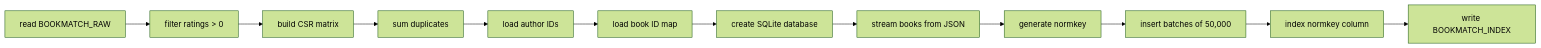
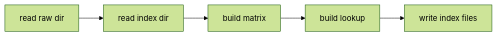
One commit to cptntrps/bookmatch changed the first of 4 diagrams in docs/3_WORKFLOWS.md. Above: the diagram before and after it, drawn with Mermaid (forest theme). The commit also changed other lines of this file and 5 other files, not shown here.

````diff
--- a/docs/3_WORKFLOWS.md
+++ b/docs/3_WORKFLOWS.md
@@ -43,14 +42,7 @@
 ```mermaid
 graph LR
-    A[read BOOKMATCH_RAW] --> B[filter ratings > 0]
-    B --> C[build CSR matrix]
-    C --> D[sum duplicates]
-    D --> E[load author IDs]
-    E --> F[load book ID map]
-    F --> G[create SQLite database]
-    G --> H[stream books from JSON]
-    H --> I[generate normkey]
-    I --> J[insert batches of 50,000]
-    J --> K[index normkey column]
-    K --> L[write BOOKMATCH_INDEX]
+    A[read raw dir] --> B[read index dir]
+    B --> C[build matrix]
+    C --> D[build lookup]
+    D --> E[write index files]
 ```
````
